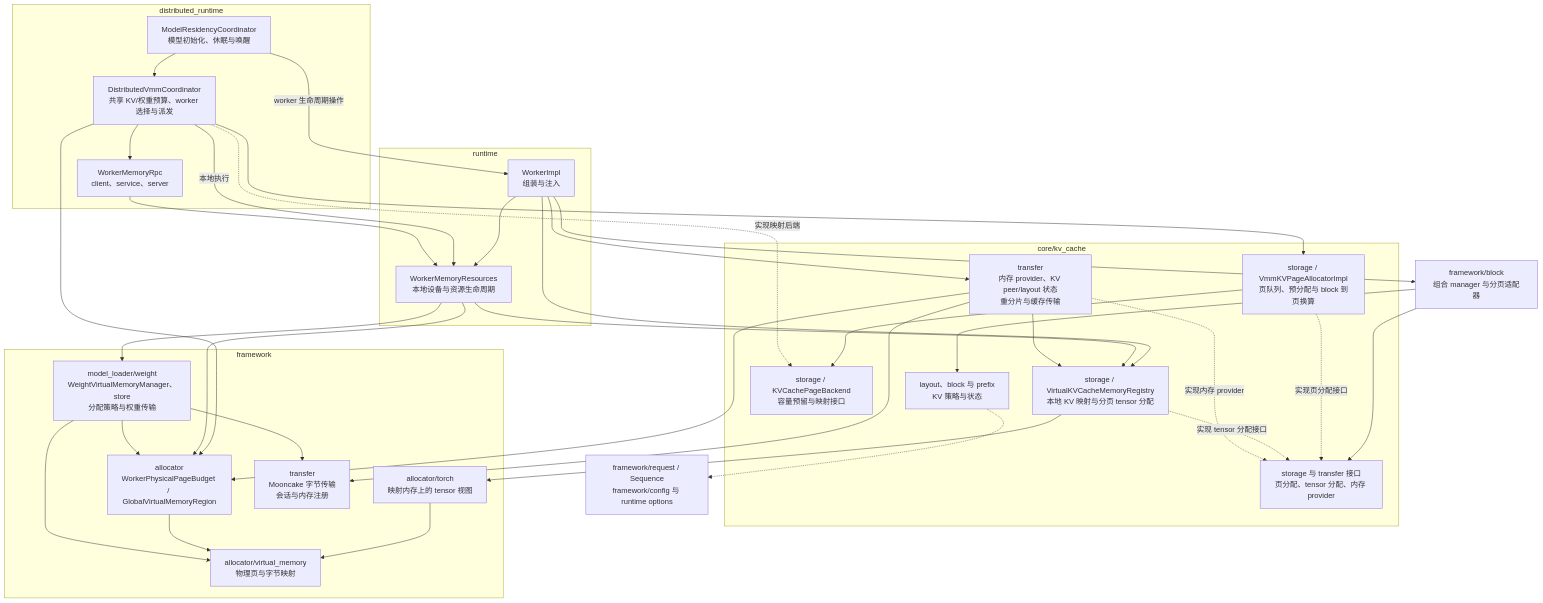
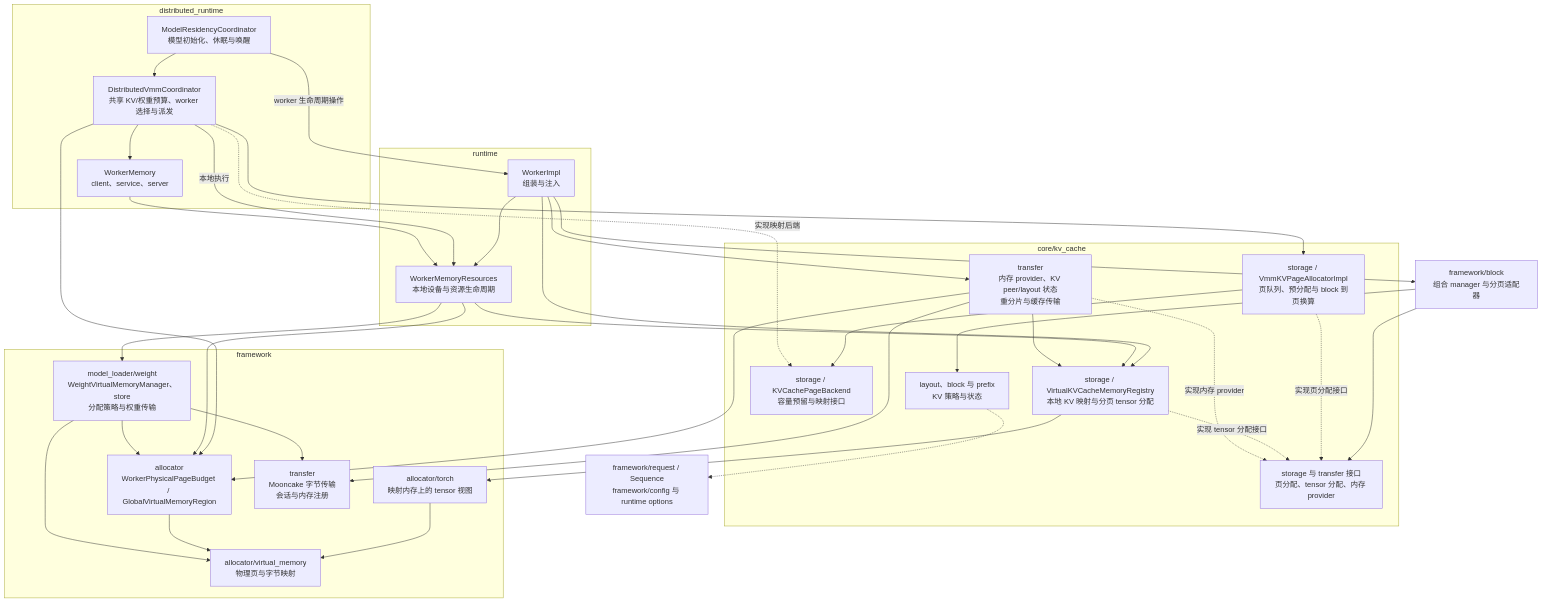
Before and after one commit to xLLM-AI/xllm: the diagram in docs/src/content/docs/zh/dev_guide/code_arch.md, drawn with Mermaid. The commit also changed other lines of this file and 16 other files, not shown here.

Commit message:
refactor: remove redundant RPC prefixes from worker memory types. (#2684)

````diff
--- a/docs/src/content/docs/zh/dev_guide/code_arch.md
+++ b/docs/src/content/docs/zh/dev_guide/code_arch.md
@@ -114,65 +114,65 @@
 ```mermaid
 flowchart TB
   subgraph runtime["runtime"]
     worker["WorkerImpl<br/>组装与注入"]
     resources["WorkerMemoryResources<br/>本地设备与资源生命周期"]
   end
 
   blocks["framework/block<br/>组合 manager 与分页适配器"]
 
   subgraph distributed["distributed_runtime"]
     residency["ModelResidencyCoordinator<br/>模型初始化、休眠与唤醒"]
     coordination["DistributedVmmCoordinator<br/>共享 KV/权重预算、worker 选择与派发"]
-    rpc["WorkerMemoryRpc<br/>client、service、server"]
+    rpc["WorkerMemory<br/>client、service、server"]
   end
 
   subgraph cache["core/kv_cache"]
     policy["layout、block 与 prefix<br/>KV 策略与状态"]
     pages["storage / VmmKVPageAllocatorImpl<br/>页队列、预分配与 block 到页换算"]
     backend["storage / KVCachePageBackend<br/>容量预留与映射接口"]
     ports["storage 与 transfer 接口<br/>页分配、tensor 分配、内存 provider"]
     storage["storage / VirtualKVCacheMemoryRegistry<br/>本地 KV 映射与分页 tensor 分配"]
     kvtransfer["transfer<br/>内存 provider、KV peer/layout 状态<br/>重分片与缓存传输"]
   end
 
   subgraph framework["framework"]
     weight["model_loader/weight<br/>WeightVirtualMemoryManager、store<br/>分配策略与权重传输"]
     tensor["allocator/torch<br/>映射内存上的 tensor 视图"]
     shared["allocator<br/>WorkerPhysicalPageBudget / GlobalVirtualMemoryRegion"]
     memory["allocator/virtual_memory<br/>物理页与字节映射"]
     transport["transfer<br/>Mooncake 字节传输<br/>会话与内存注册"]
   end
 
   remaining["framework/request / Sequence<br/>framework/config 与 runtime options"]
   worker --> resources
   worker --> blocks
   worker --> storage
   worker --> kvtransfer
   residency --> coordination
   residency -->|worker 生命周期操作| worker
   coordination --> pages
   coordination --> rpc
   coordination -->|本地执行| resources
   coordination --> shared
   rpc --> resources
   resources --> storage
   resources --> weight
   resources --> shared
   blocks --> policy
   blocks --> ports
   pages -.->|实现页分配接口| ports
   pages --> backend
   coordination -.->|实现映射后端| backend
   storage -.->|实现 tensor 分配接口| ports
   kvtransfer -.->|实现内存 provider| ports
   storage --> tensor
   tensor --> memory
   shared --> memory
   weight --> memory
   weight --> shared
   weight --> transport
   kvtransfer --> storage
   kvtransfer --> shared
   kvtransfer --> transport
   policy -.-> remaining
 ```
````
